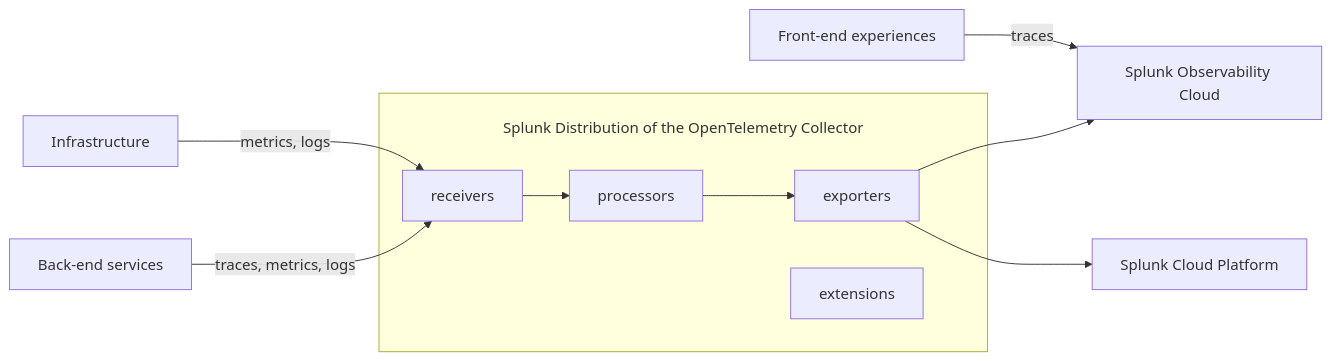
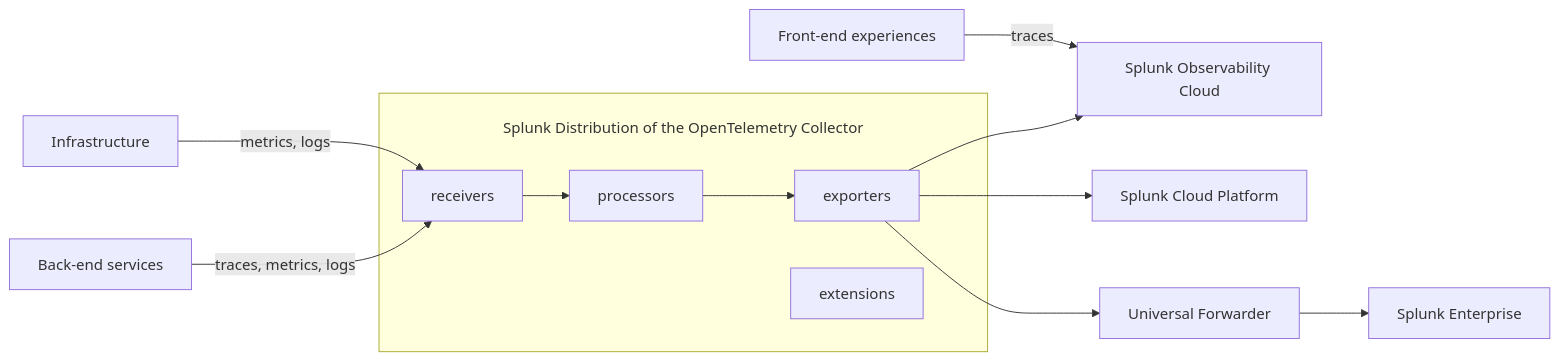
Before and after one commit to splunk/public-o11y-docs: the second of 2 diagrams in gdi/opentelemetry/opentelemetry.rst, drawn with Mermaid. The commit also changed other lines of this file, not shown here.

Commit message:
Updated diagrams

```diff
--- a/gdi/opentelemetry/opentelemetry.rst
+++ b/gdi/opentelemetry/opentelemetry.rst
@@ -111,23 +121,26 @@
 .. mermaid::
   
   flowchart LR
 
-    accTitle: Splunk Distribution of OpenTelemetry Collector diagram.
-    accDescr: The Splunk Distribution of OpenTelemetry Collector contains receivers, processors, exporters, and extensions. Receivers gather metrics and logs from infrastructure, and metrics, traces, and logs from back-end applications. Receivers send data to processors, and processors send data to exporters. Exporters send data to Splunk Observability Cloud and Splunk Cloud Platform. Front-end experiences send data directly to Splunk Observability Cloud through RUM instrumentation.
+    accTitle: Splunk Distribution of the OpenTelemetry Collector diagram.
+    accDescr: The Splunk Distribution of the OpenTelemetry Collector contains receivers, processors, exporters, and extensions. Receivers gather metrics and logs from infrastructure, and metrics, traces, and logs from back-end applications. Receivers send data to processors, and processors send data to exporters. Exporters send data to Splunk Observability Cloud and Splunk Cloud Platform. Front-end experiences send data directly to Splunk Observability Cloud through RUM instrumentation.
 
     subgraph "\nSplunk Distribution of the OpenTelemetry Collector"
     receivers
     processors
     exporters
     extensions
     end
 
     Infrastructure -- "metrics, logs" --> receivers
     B[Back-end services] -- "traces, metrics, logs" --> receivers
     C[Front-end experiences] -- "traces" --> S[Splunk Observability Cloud]
 
     receivers --> processors
     processors --> exporters
 
     exporters --> S[Splunk Observability Cloud]
     exporters --> P[Splunk Cloud Platform]
+    exporters --> Q[Universal Forwarder] 
+
+    Q[Universal Forwarder] --> U[Splunk Enterprise]
```
